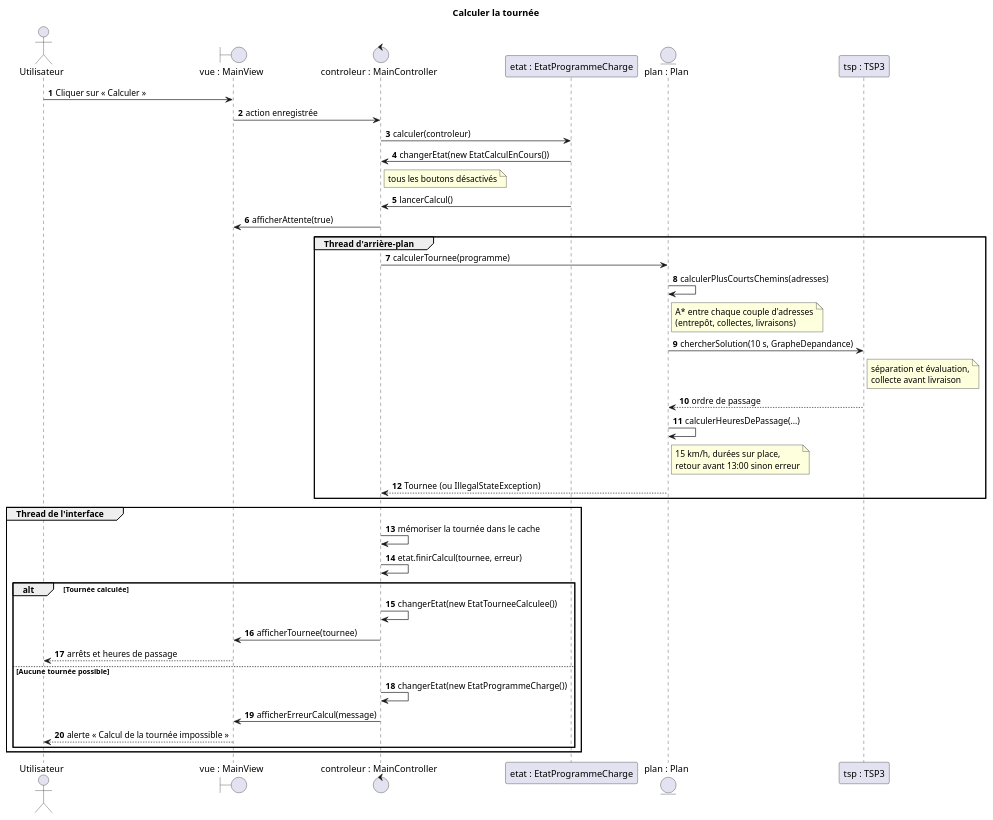
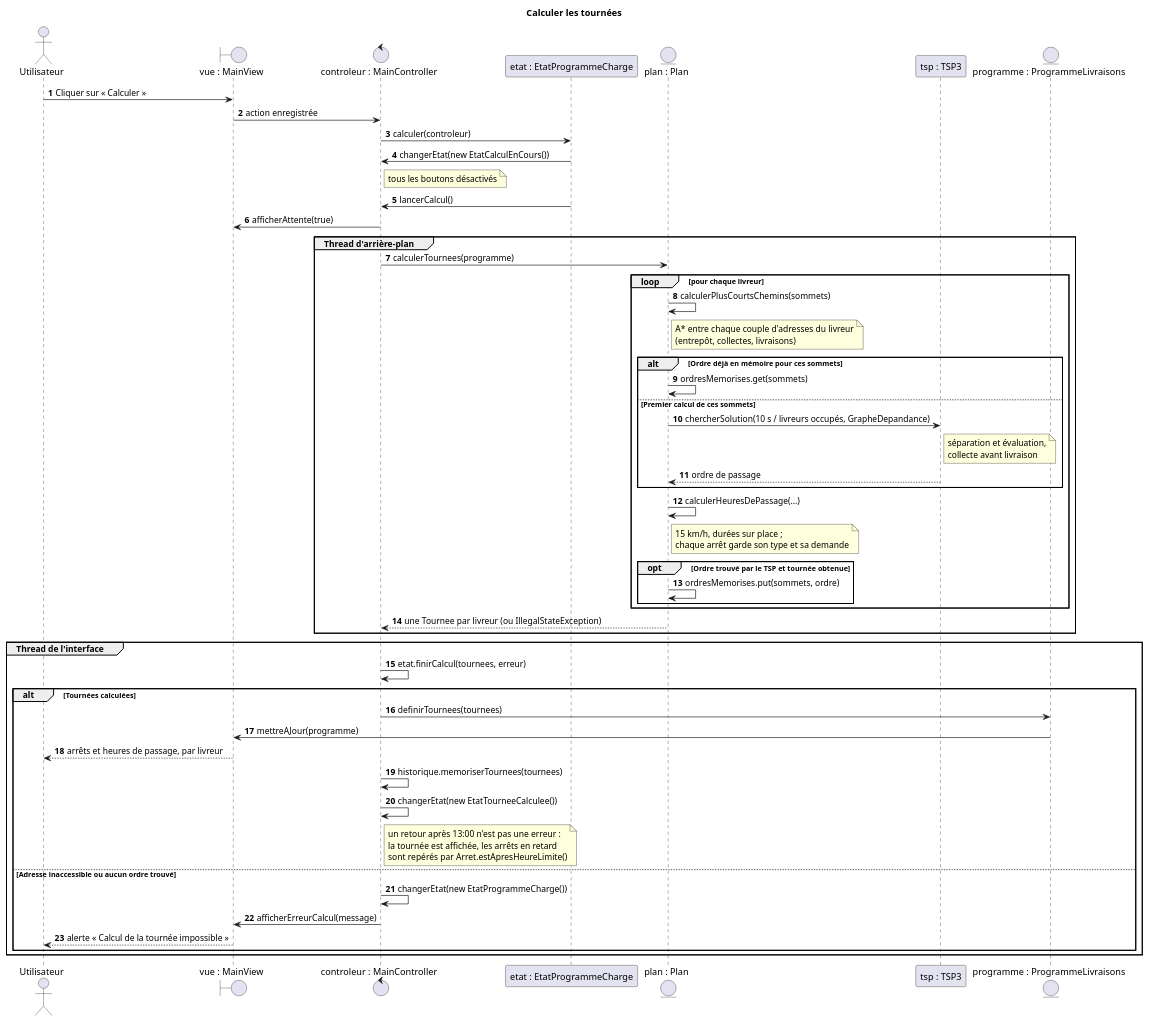
Before and after one commit to tristanhp/Optimod-Lyon: the diagram in docs/diagrams/sequence-calcul-tournee.puml, drawn with PlantUML. The commit also changed 32 other files, not shown here.

Commit message:
TIG-95 plusieurs livreurs : une tournée par livreur (#35)

```diff
--- a/docs/diagrams/sequence-calcul-tournee.puml
+++ b/docs/diagrams/sequence-calcul-tournee.puml
@@ -1,41 +1,53 @@
 @startuml sequence-calcul-tournee
-title Calculer la tournée
+title Calculer les tournées
 autonumber
 actor Utilisateur as U
 boundary "vue : MainView" as V
 control "controleur : MainController" as C
 participant "etat : EtatProgrammeCharge" as E
 entity "plan : Plan" as P
 participant "tsp : TSP3" as T
+entity "programme : ProgrammeLivraisons" as L
 U -> V : Cliquer sur « Calculer »
 V -> C : action enregistrée
 C -> E : calculer(controleur)
 E -> C : changerEtat(new EtatCalculEnCours())
 note right of C : tous les boutons désactivés
 E -> C : lancerCalcul()
 C -> V : afficherAttente(true)
 group Thread d'arrière-plan
-  C -> P : calculerTournee(programme)
-  P -> P : calculerPlusCourtsChemins(adresses)
-  note right of P : A* entre chaque couple d'adresses\n(entrepôt, collectes, livraisons)
-  P -> T : chercherSolution(10 s, GrapheDepandance)
-  note right of T : séparation et évaluation,\ncollecte avant livraison
-  T --> P : ordre de passage
-  P -> P : calculerHeuresDePassage(...)
-  note right of P : 15 km/h, durées sur place,\nretour avant 13:00 sinon erreur
-  P --> C : Tournee (ou IllegalStateException)
+  C -> P : calculerTournees(programme)
+  loop pour chaque livreur
+    P -> P : calculerPlusCourtsChemins(sommets)
+    note right of P : A* entre chaque couple d'adresses du livreur\n(entrepôt, collectes, livraisons)
+    alt Ordre déjà en mémoire pour ces sommets
+      P -> P : ordresMemorises.get(sommets)
+    else Premier calcul de ces sommets
+      P -> T : chercherSolution(10 s / livreurs occupés, GrapheDepandance)
+      note right of T : séparation et évaluation,\ncollecte avant livraison
+      T --> P : ordre de passage
+    end
+    P -> P : calculerHeuresDePassage(...)
+    note right of P : 15 km/h, durées sur place ;\nchaque arrêt garde son type et sa demande
+    opt Ordre trouvé par le TSP et tournée obtenue
+      P -> P : ordresMemorises.put(sommets, ordre)
+    end
+  end
+  P --> C : une Tournee par livreur (ou IllegalStateException)
 end
 group Thread de l'interface
-  C -> C : mémoriser la tournée dans le cache
-  C -> C : etat.finirCalcul(tournee, erreur)
-  alt Tournée calculée
+  C -> C : etat.finirCalcul(tournees, erreur)
+  alt Tournées calculées
+    C -> L : definirTournees(tournees)
+    L -> V : mettreAJour(programme)
+    V --> U : arrêts et heures de passage, par livreur
+    C -> C : historique.memoriserTournees(tournees)
     C -> C : changerEtat(new EtatTourneeCalculee())
-    C -> V : afficherTournee(tournee)
-    V --> U : arrêts et heures de passage
-  else Aucune tournée possible
+    note right of C : un retour après 13:00 n'est pas une erreur :\nla tournée est affichée, les arrêts en retard\nsont repérés par Arret.estApresHeureLimite()
+  else Adresse inaccessible ou aucun ordre trouvé
     C -> C : changerEtat(new EtatProgrammeCharge())
     C -> V : afficherErreurCalcul(message)
     V --> U : alerte « Calcul de la tournée impossible »
   end
 end
 @enduml
```
